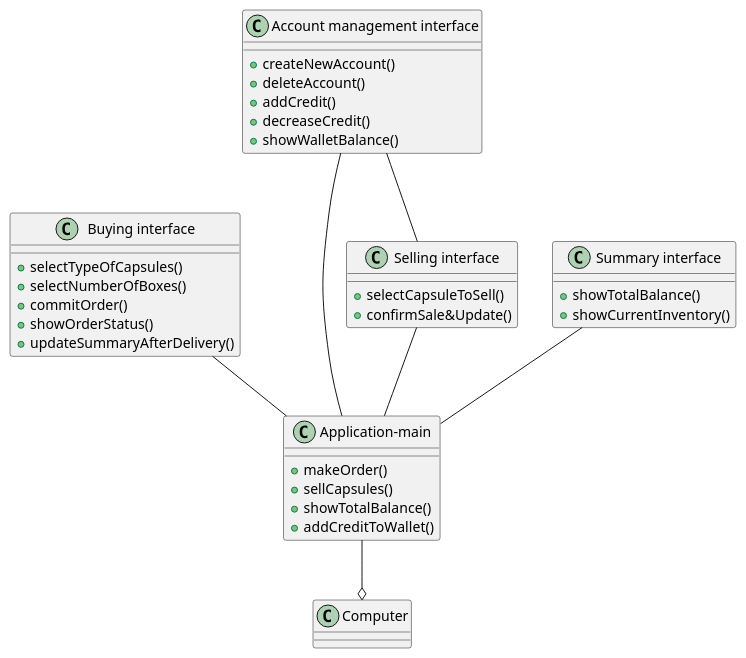
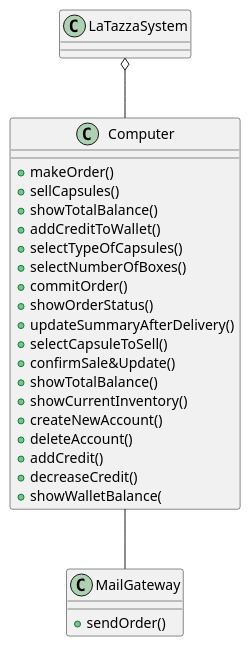
One commit to DarkSee/LaTazza changed the fourth of 4 diagrams in templates/RequirementsTemplate.md. Above: the diagram before and after it, drawn with PlantUML.

Commit message:
Issue #8 "System Design" solved

````diff
--- a/templates/RequirementsTemplate.md
+++ b/templates/RequirementsTemplate.md
@@ -424,53 +424,37 @@
 ```plantuml
 top to bottom direction
 
-class Computer {
-    
+
+class LaTazzaSystem {
 }
 
-class "Application-main" {
- +makeOrder()
+class Computer {
+     +makeOrder()
  +sellCapsules()
  +showTotalBalance()
  +addCreditToWallet()
-
-}
-
-class "Buying interface" {
  +selectTypeOfCapsules()
  +selectNumberOfBoxes()
  +commitOrder()
  +showOrderStatus()
  +updateSummaryAfterDelivery()
-
-}
-
-class "Selling interface" {
- +selectCapsuleToSell()
+  +selectCapsuleToSell()
  +confirmSale&Update()
-
-}
-
-class "Summary interface" {
- +showTotalBalance()
+  +showTotalBalance()
  +showCurrentInventory()
-
-}
-
-class "Account management interface" {
  +createNewAccount()
  +deleteAccount()
  +addCredit()
  +decreaseCredit()
- +showWalletBalance()
+ +showWalletBalance(
 
-} 
+}
+LaTazzaSystem o-- Computer
 
 
-"Selling interface" -- "Application-main"
-"Summary interface" -- "Application-main"
-"Buying interface" -- "Application-main"
-"Account management interface" -- "Application-main"
-"Account management interface" -- "Selling interface"
-"Application-main" --o Computer
+class MailGateway {
+  +sendOrder()
+}
+
+Computer -- MailGateway
 ```
````
